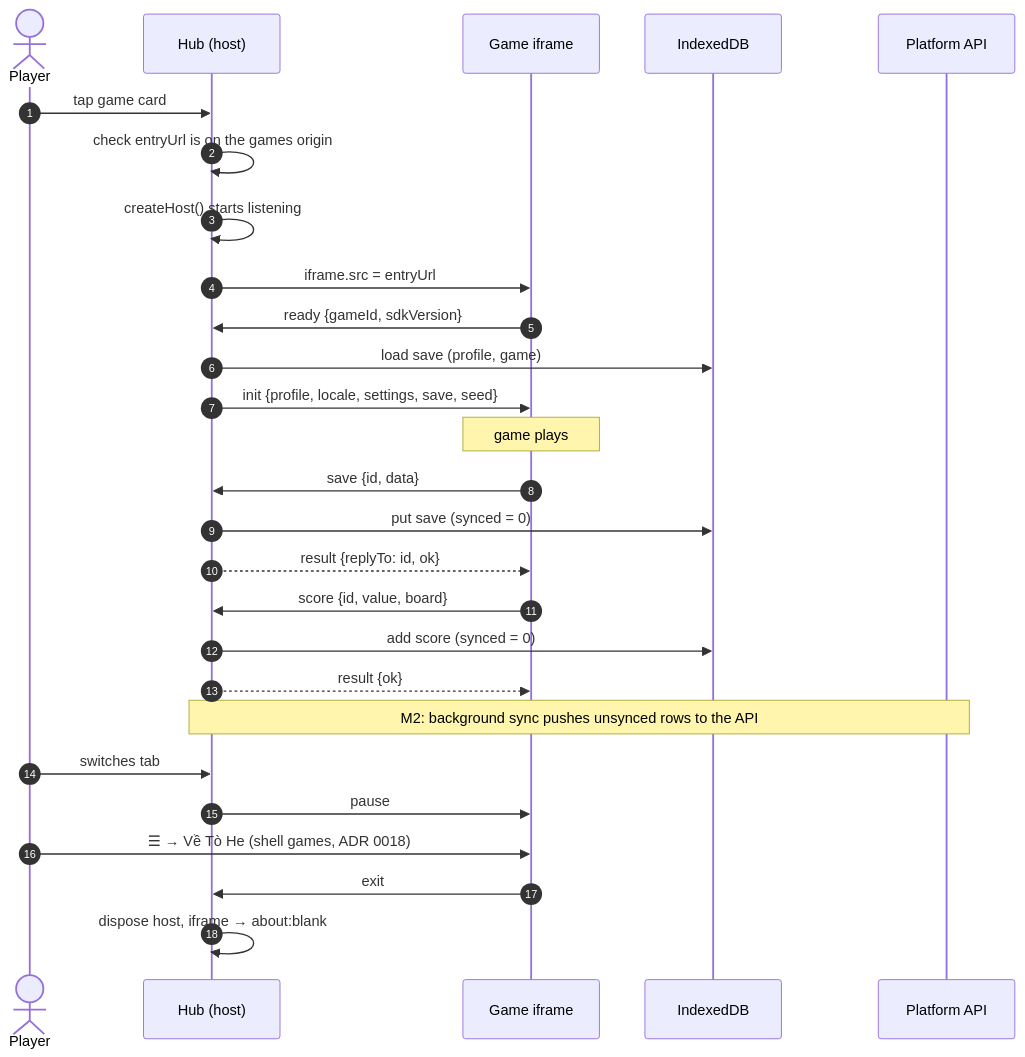
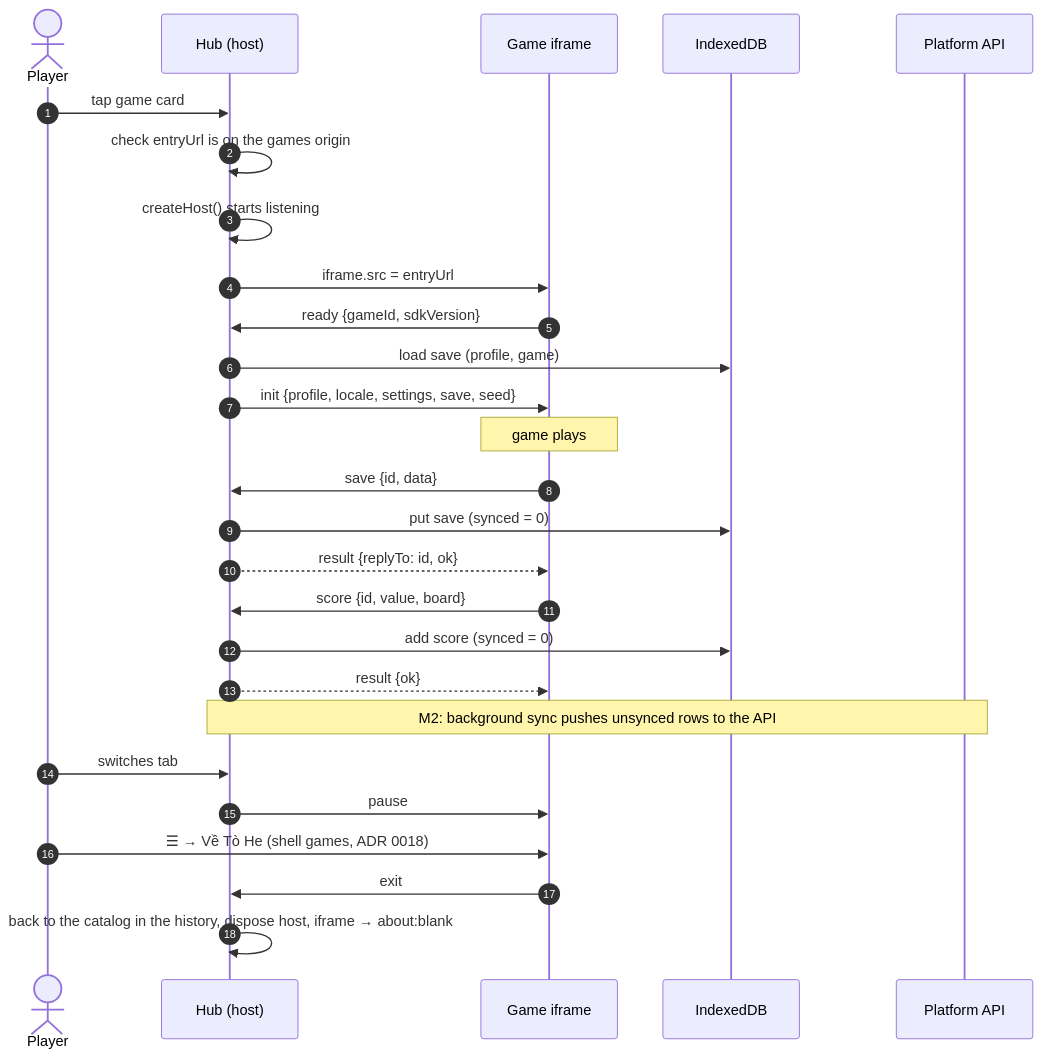
Before and after one commit to vinh466/tohe-play: the diagram in docs/architecture/game-launch-flow.md, drawn with Mermaid. The commit also changed other lines of this file and 17 other files, not shown here.

````diff
--- a/docs/architecture/game-launch-flow.md
+++ b/docs/architecture/game-launch-flow.md
@@ -8,30 +8,30 @@
 ```mermaid
 sequenceDiagram
   autonumber
   actor P as Player
   participant H as Hub (host)
   participant G as Game iframe
   participant L as IndexedDB
   participant A as Platform API
 
   P->>H: tap game card
   H->>H: check entryUrl is on the games origin
   H->>H: createHost() starts listening
   H->>G: iframe.src = entryUrl
   G->>H: ready {gameId, sdkVersion}
   H->>L: load save (profile, game)
   H->>G: init {profile, locale, settings, save, seed}
   Note over G: game plays
   G->>H: save {id, data}
   H->>L: put save (synced = 0)
   H-->>G: result {replyTo: id, ok}
   G->>H: score {id, value, board}
   H->>L: add score (synced = 0)
   H-->>G: result {ok}
   Note over H,A: M2: background sync pushes unsynced rows to the API
   P->>H: switches tab
   H->>G: pause
   P->>G: ☰ → Về Tò He (shell games, ADR 0018)
   G->>H: exit
-  H->>H: dispose host, iframe → about:blank
+  H->>H: back to the catalog in the history, dispose host, iframe → about:blank
 ```
````
